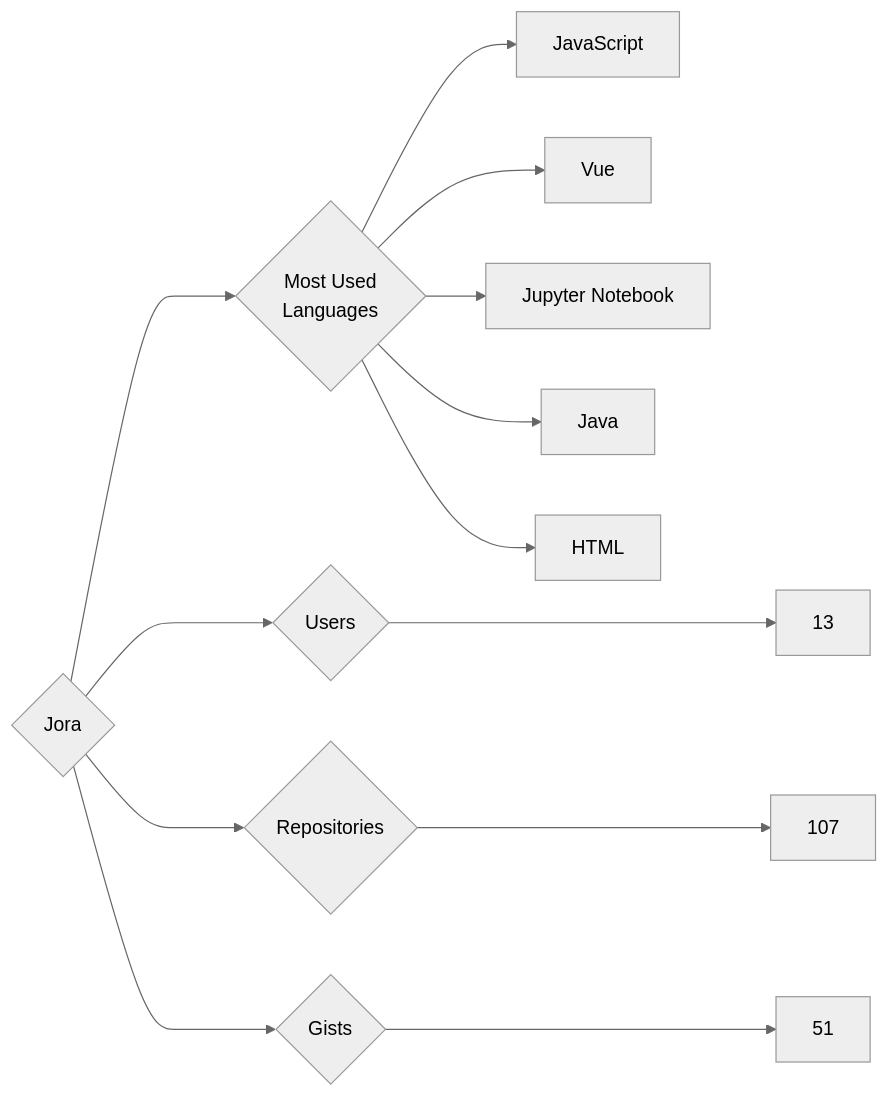
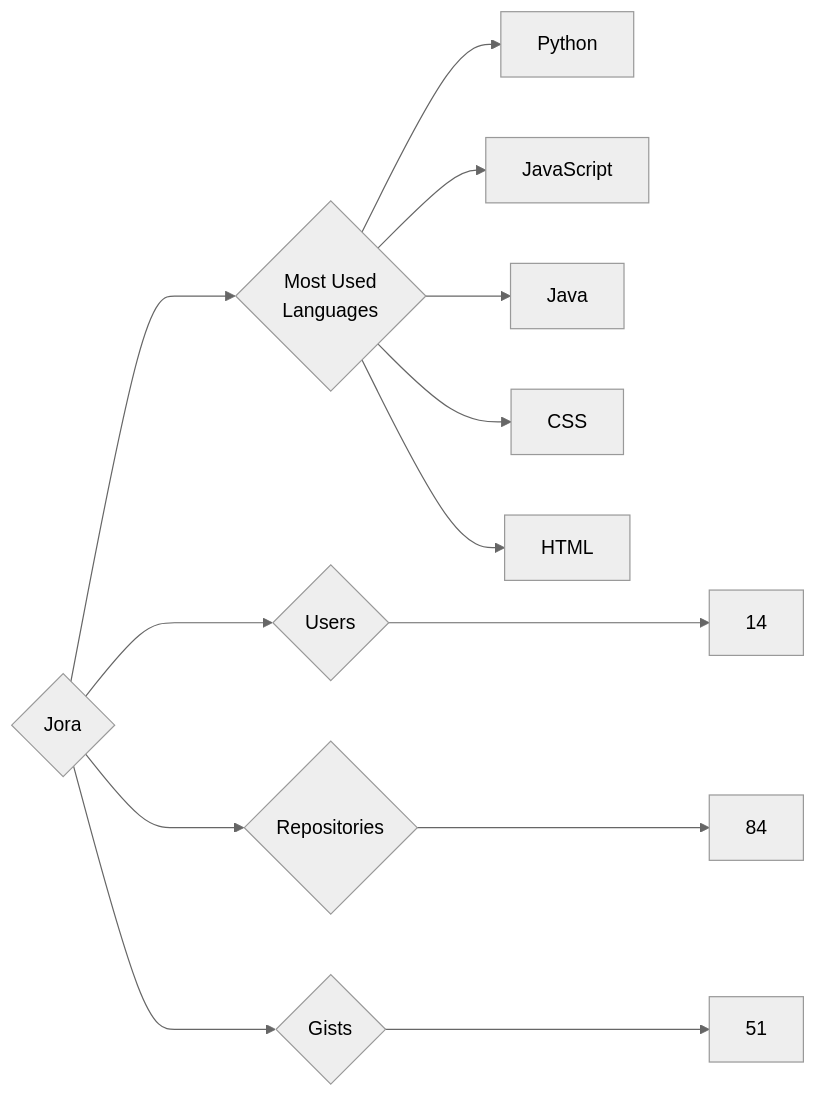
The diagram in targets/Jora/README.md (trickest/insiders), drawn with Mermaid (neutral theme) before and after one commit. The commit also changed 736 other files, not shown here.

````diff
--- a/targets/Jora/README.md
+++ b/targets/Jora/README.md
@@ -3,13 +3,13 @@
 ```mermaid
 graph LR
 COMPANY_NAME{Jora}
-COMPANY_NAME ---> U{Users} ---> UN[13]
-COMPANY_NAME ---> R{Repositories} ---> RN[107]
+COMPANY_NAME ---> U{Users} ---> UN[14]
+COMPANY_NAME ---> R{Repositories} ---> RN[84]
 COMPANY_NAME ---> G{Gists} ---> GN[51]
 COMPANY_NAME ---> ML{Most Used<br>Languages}
+ML --> Python[Python]
 ML --> JavaScript[JavaScript]
-ML --> Vue[Vue]
-ML --> Jupyter_Notebook[Jupyter Notebook]
 ML --> Java[Java]
+ML --> CSS[CSS]
 ML --> HTML[HTML]
 ```
````
